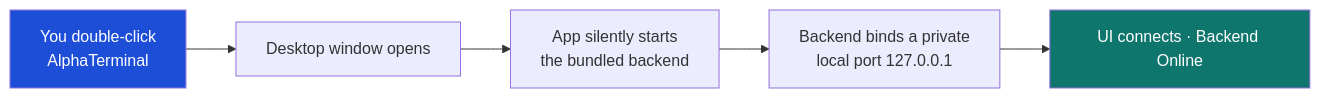
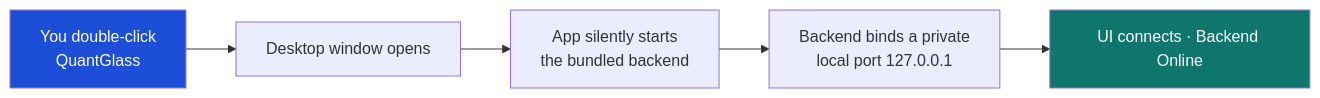
The diagram in docs/user-guide/02-installation.md (quantglass-labs/quantglass), drawn with Mermaid before and after one commit. The commit also changed other lines of this file and 126 other files, not shown here.

Commit message:
Complete AGPL compliance and QuantGlass rename

````diff
--- a/docs/user-guide/02-installation.md
+++ b/docs/user-guide/02-installation.md
@@ -9,9 +9,9 @@
 ```mermaid
 flowchart LR
-    U[You double-click<br/>AlphaTerminal] --> D[Desktop window opens]
+    U[You double-click<br/>QuantGlass] --> D[Desktop window opens]
     D --> S[App silently starts<br/>the bundled backend]
     S --> P[Backend binds a private<br/>local port 127.0.0.1]
     P --> R[UI connects · Backend Online]
     style U fill:#1d4ed8,color:#fff
     style R fill:#0f766e,color:#fff
 ```
````
